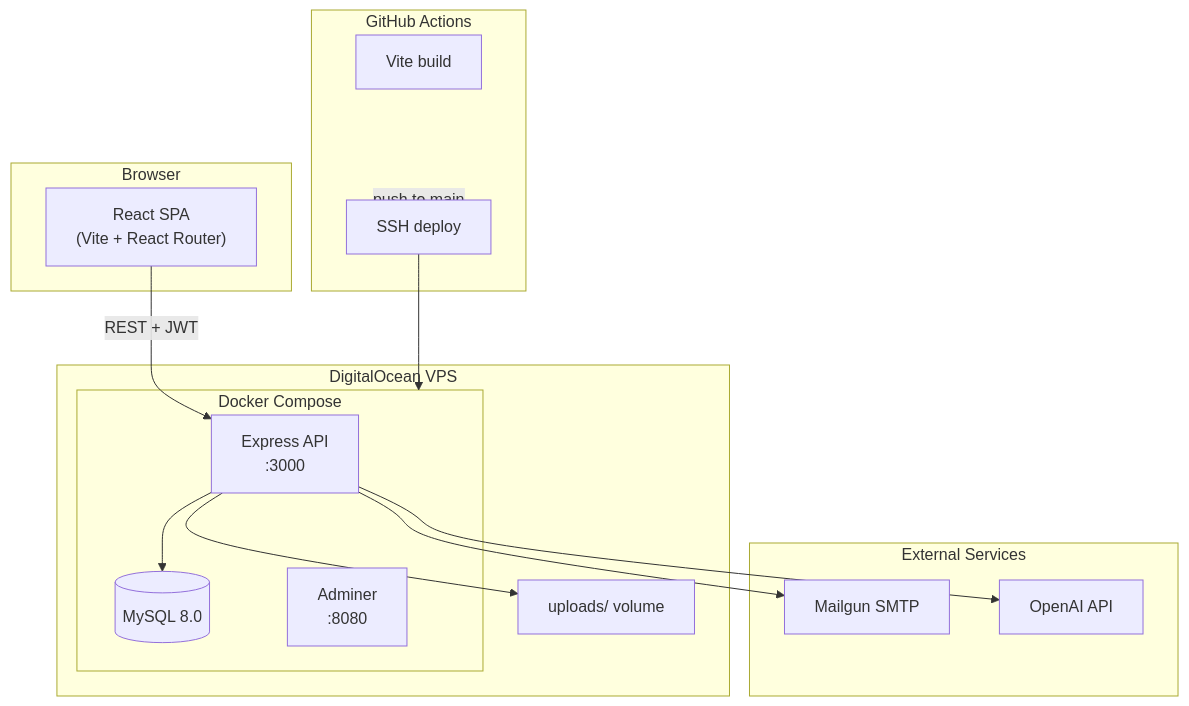
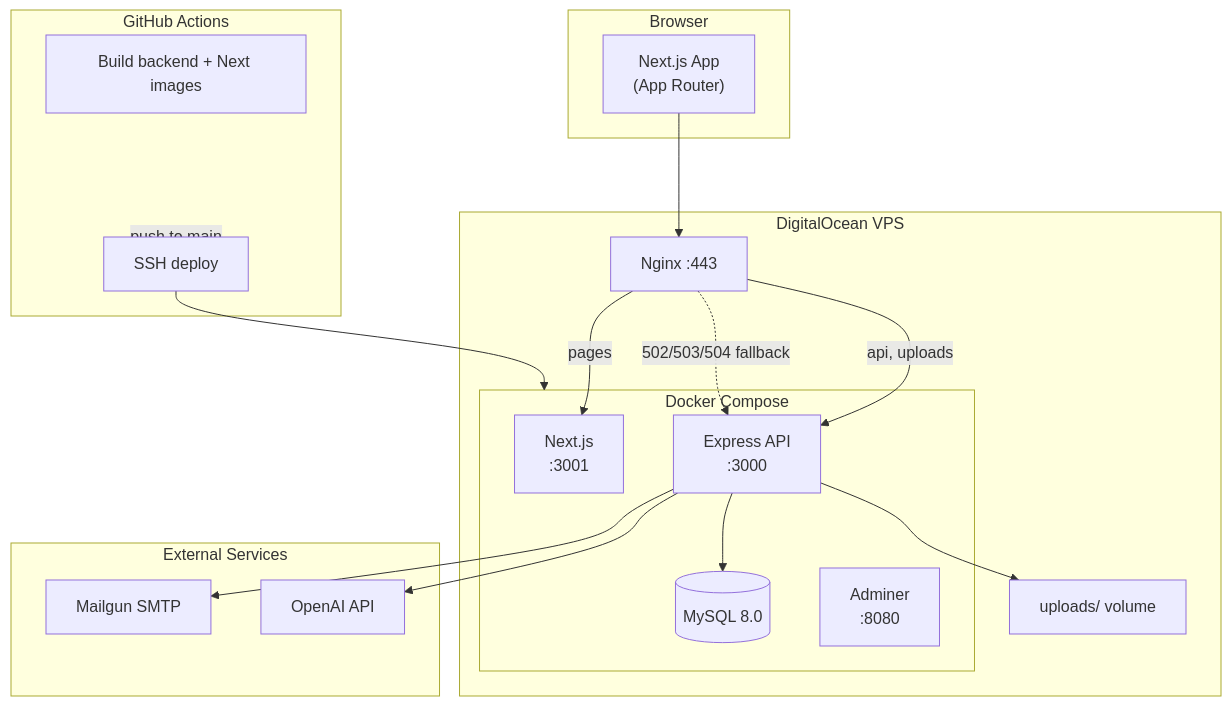
One commit to Vitomirov/warranty-wallet changed the diagram in README.md. Above: the diagram before and after it, drawn with Mermaid. The commit also changed other lines of this file and 7 other files, not shown here.

````diff
--- a/README.md
+++ b/README.md
@@ -51,33 +52,38 @@
 ```mermaid
 flowchart TB
     subgraph Client["Browser"]
-        SPA["React SPA<br/>(Vite + React Router)"]
+        NEXT["Next.js App<br/>(App Router)"]
     end
 
     subgraph VPS["DigitalOcean VPS"]
+        NGINX["Nginx :443"]
         subgraph Docker["Docker Compose"]
+            NX["Next.js<br/>:3001"]
             BE["Express API<br/>:3000"]
             DB[("MySQL 8.0")]
             AD["Adminer<br/>:8080"]
         end
         UP["uploads/ volume"]
     end
 
     subgraph External["External Services"]
         MG["Mailgun SMTP"]
         OAI["OpenAI API"]
     end
 
     subgraph CI["GitHub Actions"]
-        BUILD["Vite build"]
+        BUILD["Build backend + Next images"]
         SSH["SSH deploy"]
     end
 
-    SPA -->|REST + JWT| BE
+    NEXT --> NGINX
+    NGINX -->|pages| NX
+    NGINX -->|api, uploads| BE
+    NGINX -.->|502/503/504 fallback| BE
     BE --> DB
     BE --> UP
     BE --> MG
     BE --> OAI
     CI -->|push to main| SSH
     SSH --> Docker
 ```
````
